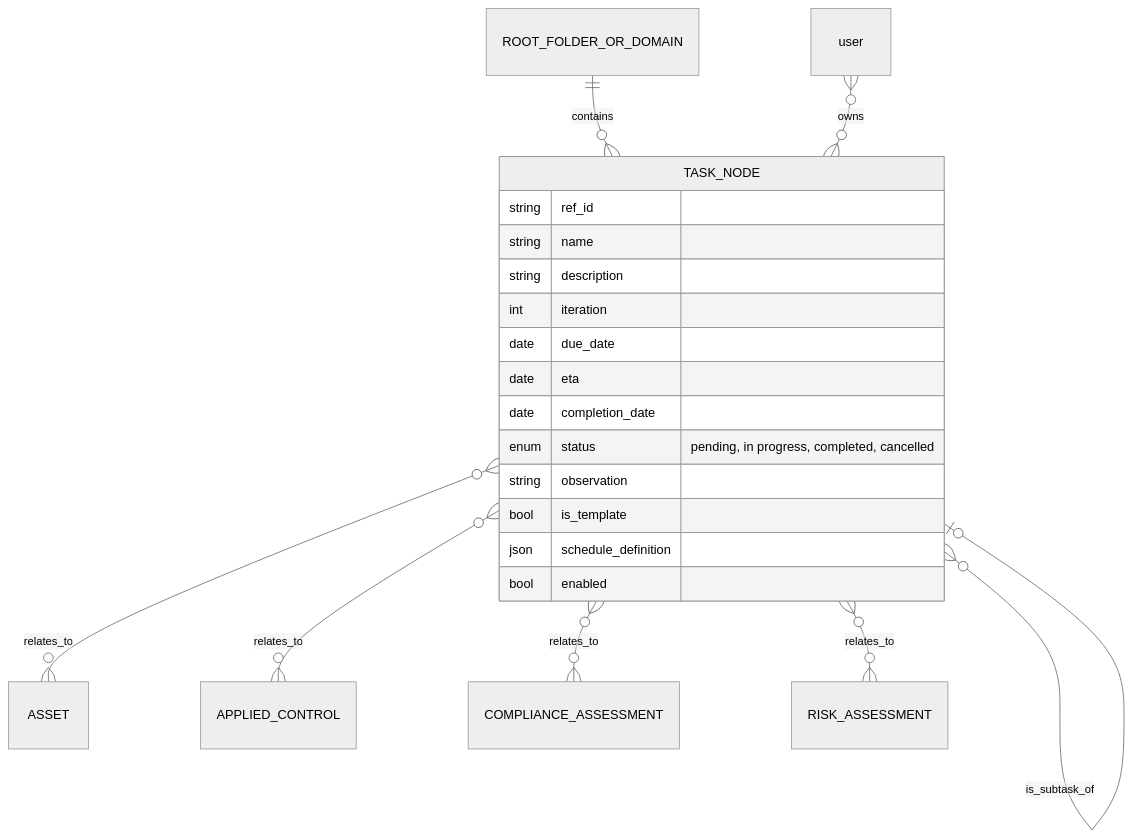
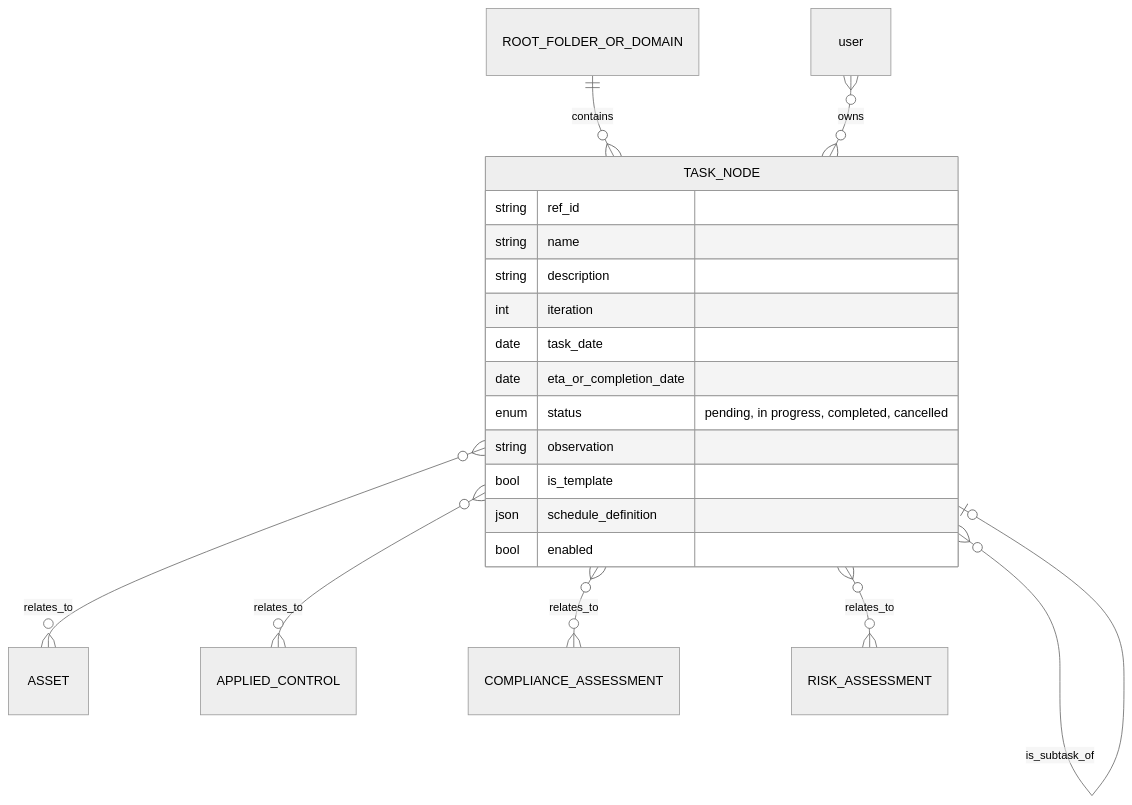
One commit to intuitem/ciso-assistant-community changed diagram 13 of 13 in documentation/architecture/data-model.md. Above: the diagram before and after it, drawn with Mermaid (neutral theme). The commit also changed other lines of this file, not shown here.

````diff
--- a/documentation/architecture/data-model.md
+++ b/documentation/architecture/data-model.md
@@ -1570,29 +1570,28 @@
 ```mermaid
 erDiagram
 
 ROOT_FOLDER_OR_DOMAIN ||--o{ TASK_NODE     : contains
 TASK_NODE     |o--o{ TASK_NODE             : generates
 user          }o--o{ TASK_NODE             : owns
 TASK_NODE     }o--o| TASK_NODE             : is_subtask_of
 TASK_NODE     }o--o{ ASSET                 : relates_to
 TASK_NODE     }o--o{ APPLIED_CONTROL       : relates_to
 TASK_NODE     }o--o{ COMPLIANCE_ASSESSMENT : relates_to
 TASK_NODE     }o--o{ RISK_ASSESSMENT       : relates_to
 
 TASK_NODE {
     string ref_id
     string name
     string description
     int    iteration
-    date   due_date
 
-    date   eta
-    date   completion_date
+    date   task_date
+    date   eta_or_completion_date
     enum   status "pending, in progress, completed, cancelled"
     string observation
 
     bool   is_template
     json   schedule_definition
     bool   enabled
 }
 ```
````
